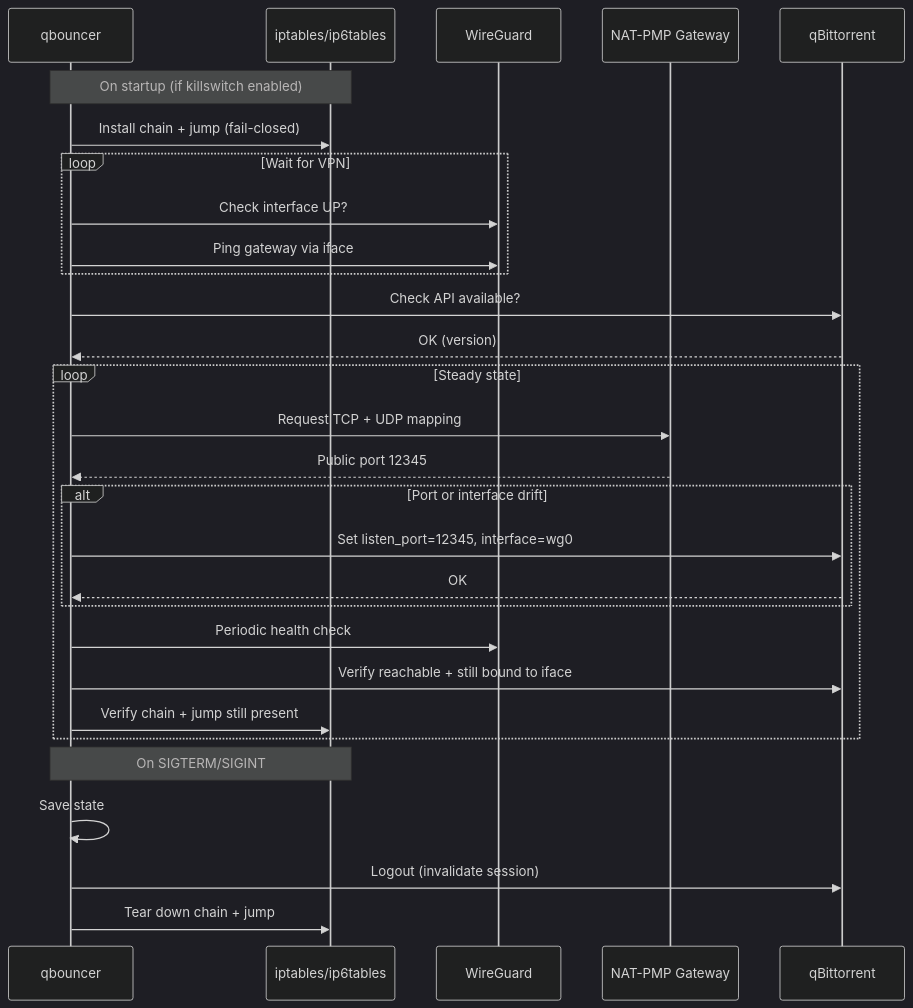
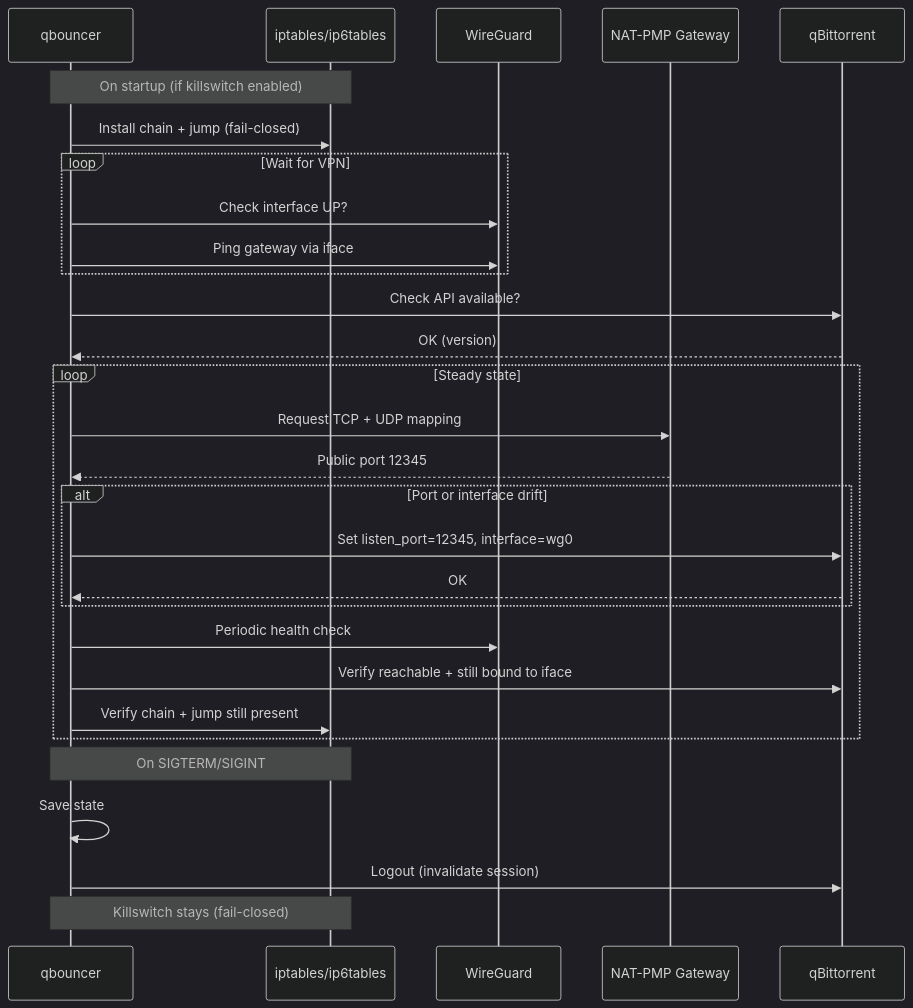
Before and after one commit to vegardx/qbouncer: the diagram in README.md, drawn with Mermaid (dark theme). The commit also changed other lines of this file and 4 other files, not shown here.

First line of the commit message:
feat(killswitch): fail closed when qbouncer stops

````diff
--- a/README.md
+++ b/README.md
@@ -215,38 +244,38 @@
 ```mermaid
 sequenceDiagram
     participant S as qbouncer
     participant KS as iptables/ip6tables
     participant WG as WireGuard
     participant NAT as NAT-PMP Gateway
     participant QB as qBittorrent
 
     Note over S,KS: On startup (if killswitch enabled)
     S->>KS: Install chain + jump (fail-closed)
 
     loop Wait for VPN
         S->>WG: Check interface UP?
         S->>WG: Ping gateway via iface
     end
 
     S->>QB: Check API available?
     QB-->>S: OK (version)
 
     loop Steady state
         S->>NAT: Request TCP + UDP mapping
         NAT-->>S: Public port 12345
 
         alt Port or interface drift
             S->>QB: Set listen_port=12345, interface=wg0
             QB-->>S: OK
         end
 
         S->>WG: Periodic health check
         S->>QB: Verify reachable + still bound to iface
         S->>KS: Verify chain + jump still present
     end
 
     Note over S,KS: On SIGTERM/SIGINT
     S->>S: Save state
     S->>QB: Logout (invalidate session)
-    S->>KS: Tear down chain + jump
+    Note over S,KS: Killswitch stays (fail-closed)
 ```
````
